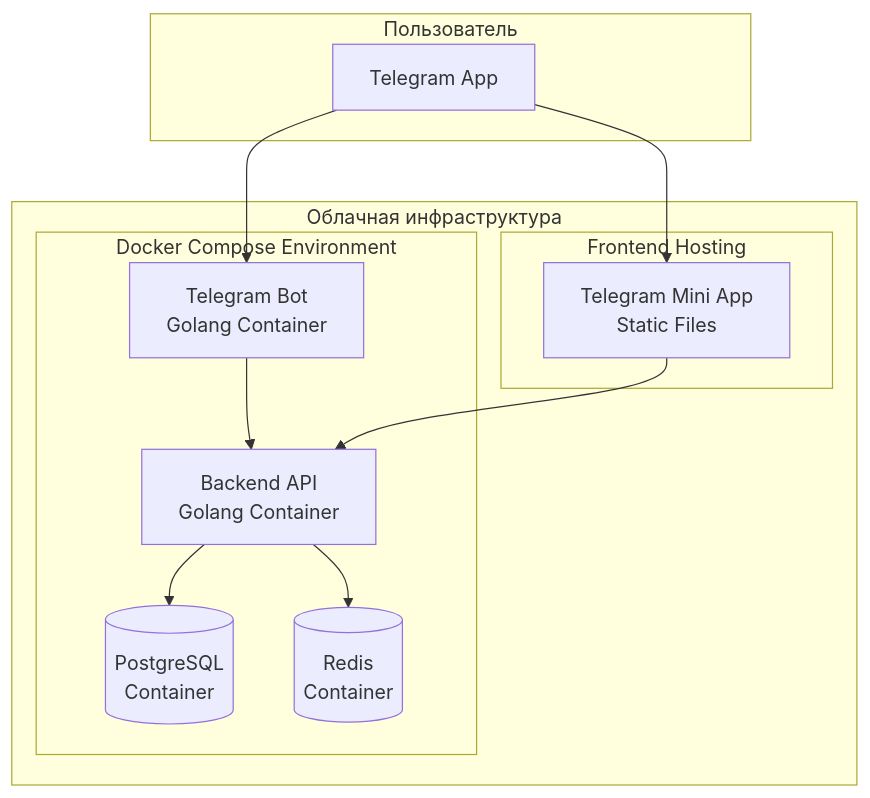
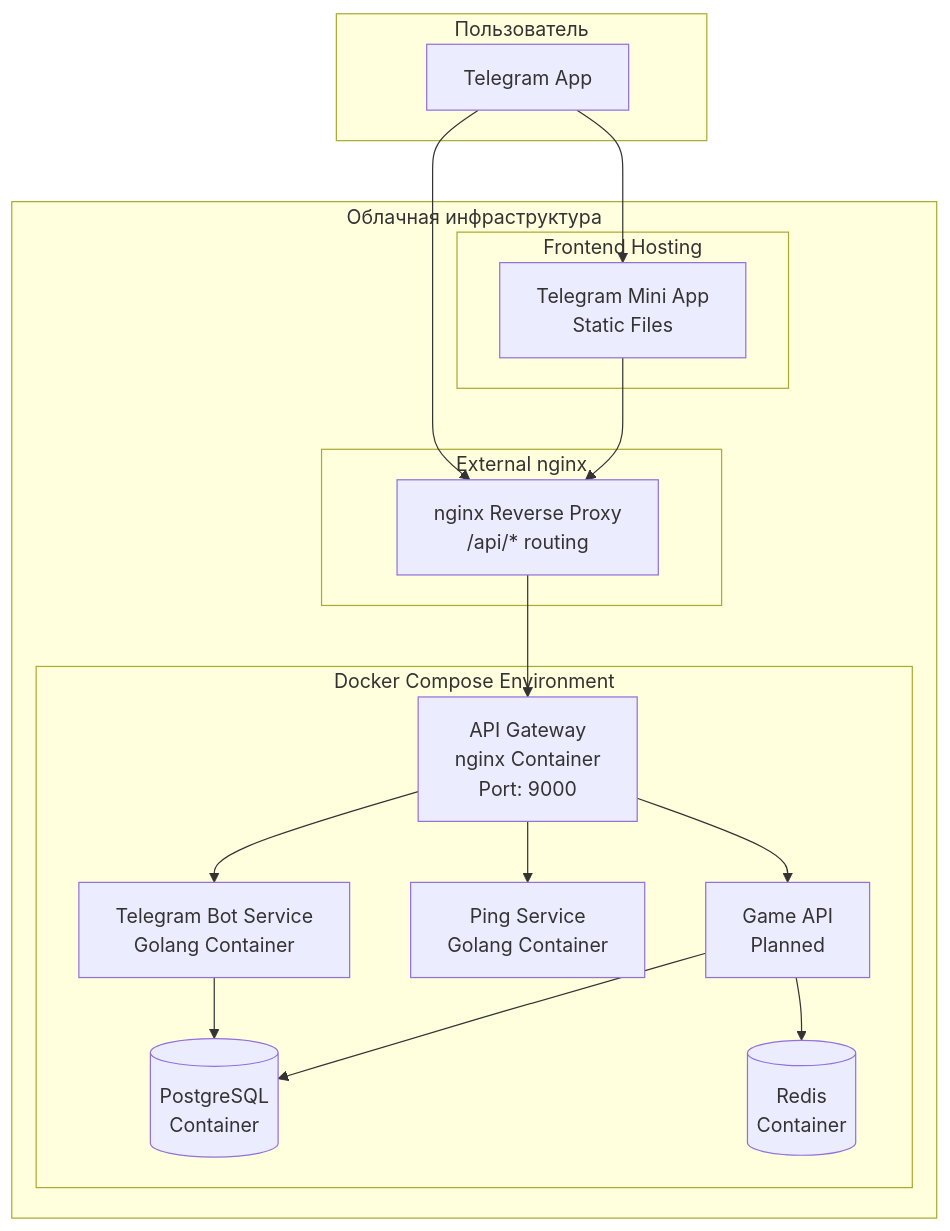
The second of 3 diagrams in docs/architecture/architecture.md (dpetrakov/shard_legends), drawn with Mermaid before and after one commit. The commit also changed other lines of this file and 5 other files, not shown here.

First line of the commit message:
feat: добавить API Gateway и обновить конфигурацию микросервисов

````diff
--- a/docs/architecture/architecture.md
+++ b/docs/architecture/architecture.md
@@ -125,27 +165,37 @@
 ```mermaid
 graph TB
     subgraph "Пользователь"
         TG[Telegram App]
     end
     
     subgraph "Облачная инфраструктура"
+        subgraph "External nginx"
+            NGINX[nginx Reverse Proxy<br/>/api/* routing]
+        end
+        
         subgraph "Frontend Hosting"
             TMA[Telegram Mini App<br/>Static Files]
         end
         
         subgraph "Docker Compose Environment"
-            BOT[Telegram Bot<br/>Golang Container]
-            API[Backend API<br/>Golang Container]
+            GATEWAY[API Gateway<br/>nginx Container<br/>Port: 9000]
+            BOT[Telegram Bot Service<br/>Golang Container]
+            PING[Ping Service<br/>Golang Container]
+            GAME[Game API<br/>Planned]
             DB[(PostgreSQL<br/>Container)]
             CACHE[(Redis<br/>Container)]
             
-            BOT --> API
-            API --> DB
-            API --> CACHE
+            NGINX --> GATEWAY
+            GATEWAY --> BOT
+            GATEWAY --> PING
+            GATEWAY --> GAME
+            BOT --> DB
+            GAME --> DB
+            GAME --> CACHE
         end
     end
     
-    TG --> BOT
+    TG --> NGINX
     TG --> TMA
-    TMA --> API
+    TMA --> NGINX
 ```
````
